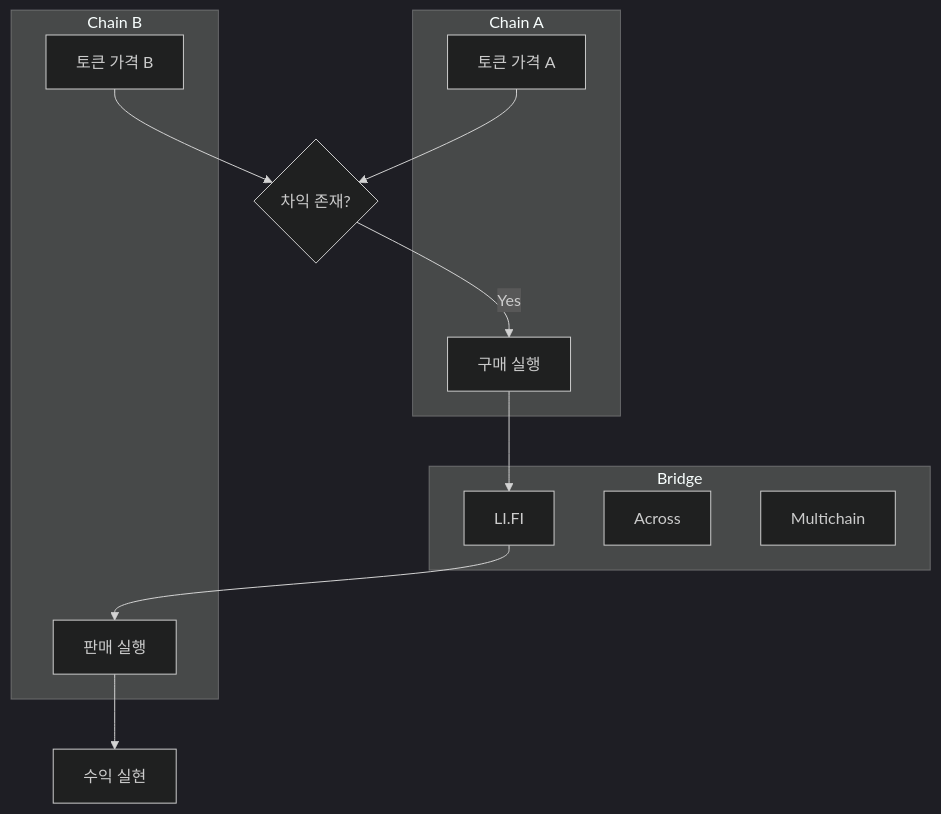
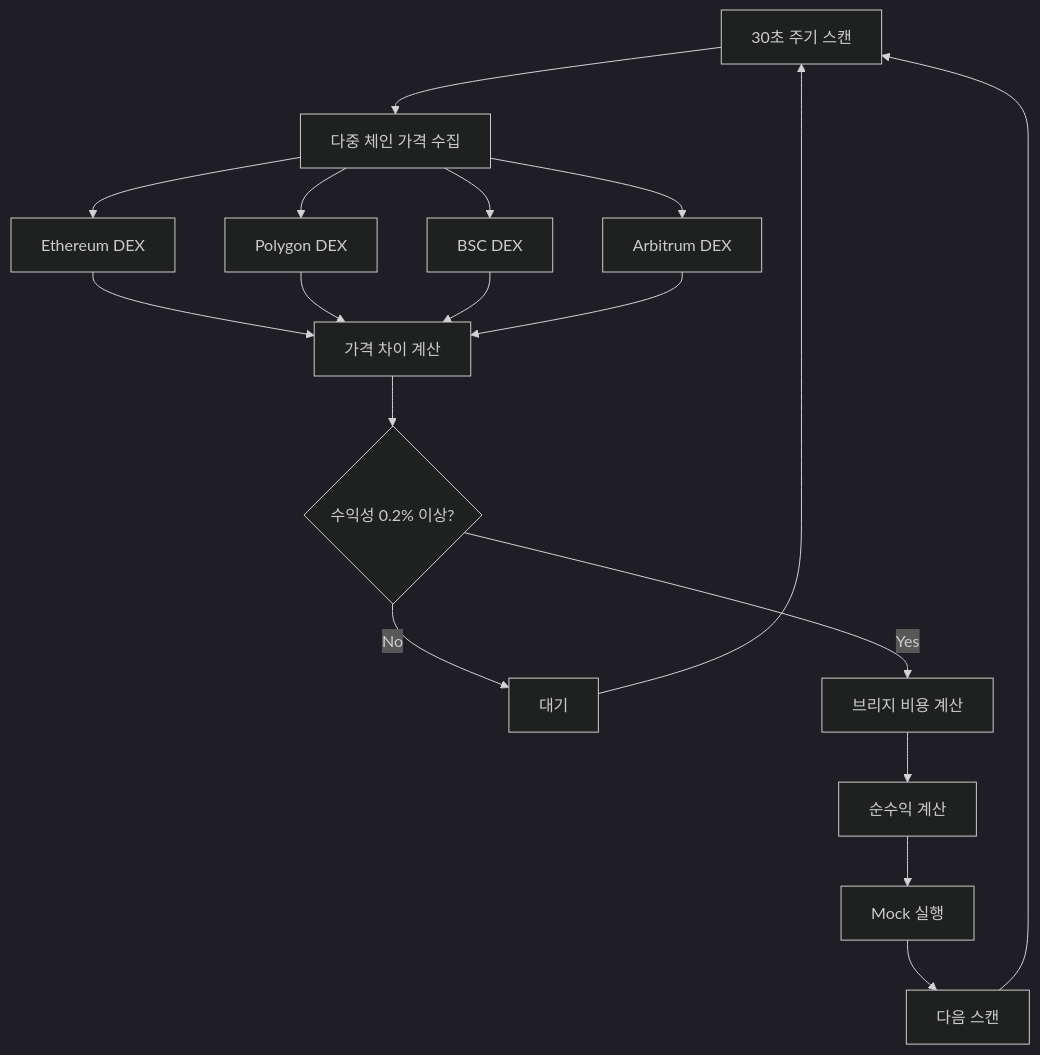
One commit to blockbit-hama/xCrack changed the sixth of 10 diagrams in docs/architecture.md. Above: the diagram before and after it, drawn with Mermaid (dark theme). The commit also changed other lines of this file and 62 other files, not shown here.

````diff
--- a/docs/architecture.md
+++ b/docs/architecture.md
@@ -251,25 +297,23 @@
 ```mermaid
-flowchart TB
-    subgraph "Chain A"
-        A1[토큰 가격 A]
-        A2[구매 실행]
-    end
+flowchart TD
+    A[30초 주기 스캔] --> B[다중 체인 가격 수집]
+    B --> C[Ethereum DEX]
+    B --> D[Polygon DEX] 
+    B --> E[BSC DEX]
+    B --> F[Arbitrum DEX]
     
-    subgraph "Bridge"
-        B1[LI.FI]
-        B2[Across]
-        B3[Multichain]
-    end
+    C --> G[가격 차이 계산]
+    D --> G
+    E --> G
+    F --> G
     
-    subgraph "Chain B"
-        C1[토큰 가격 B]
-        C2[판매 실행]
-    end
+    G --> H{수익성 0.2% 이상?}
+    H -->|No| I[대기]
+    H -->|Yes| J[브리지 비용 계산]
+    J --> K[순수익 계산]
+    K --> L[Mock 실행]
     
-    A1 --> D{차익 존재?}
-    C1 --> D
-    D -->|Yes| A2
-    A2 --> B1
-    B1 --> C2
-    C2 --> E[수익 실현]
+    I --> A
+    L --> M[다음 스캔]
+    M --> A
 ```
````
